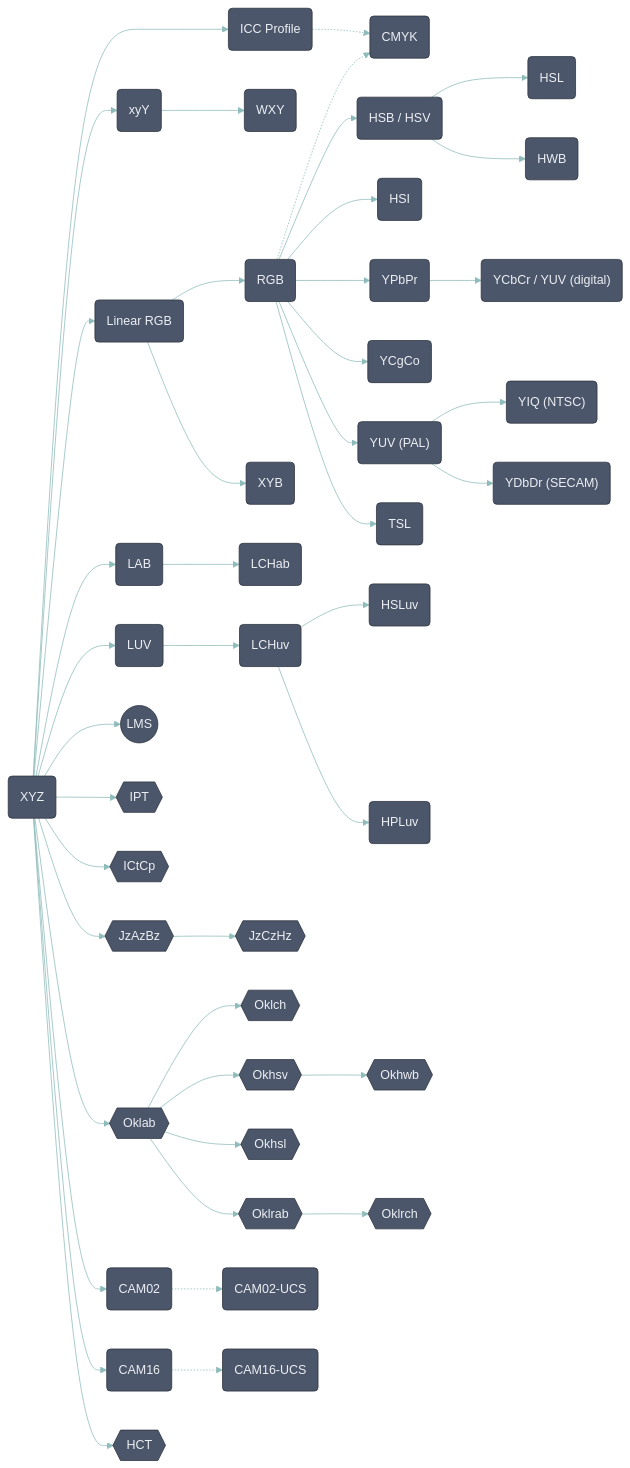
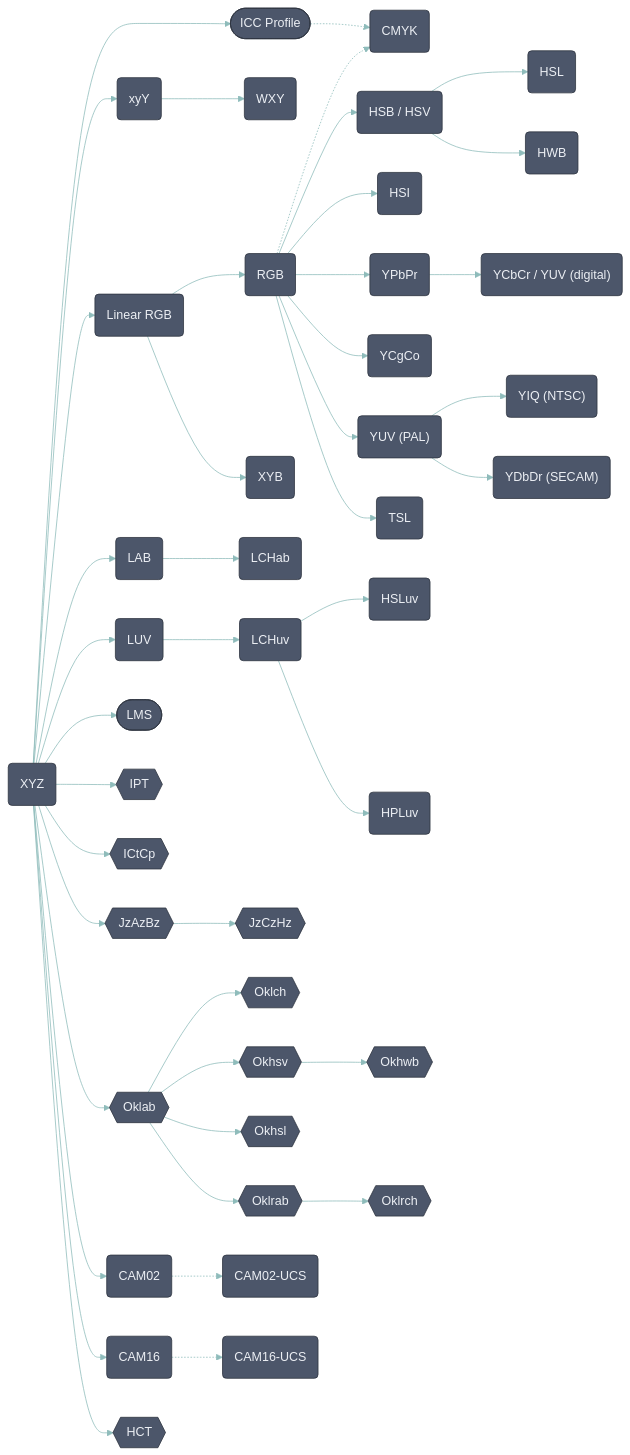
Before and after one commit to waacton/Unicolour: the first of 2 diagrams in Unicolour.Readme/README.md, drawn with Mermaid. The commit also changed other lines of this file and 568 other files, not shown here.

```diff
--- a/Unicolour.Readme/README.md
+++ b/Unicolour.Readme/README.md
@@ -223,7 +223,7 @@
   YDBDR("YDbDr (SECAM)")
   TSL(TSL)
   XYB(XYB)
-  LMS((LMS))
+  LMS([LMS])
   IPT{{IPT}}
   ICTCP{{ICtCp}}
   JZAZBZ{{JzAzBz}}
@@ -240,7 +240,7 @@
   CAM16(CAM16)
   CAM16UCS(CAM16-UCS)
   HCT{{HCT}}
-  ICC("ICC Profile")
+  ICC(["ICC Profile"])
   CMYK("CMYK")
   
   XYZ --> ICC
```
